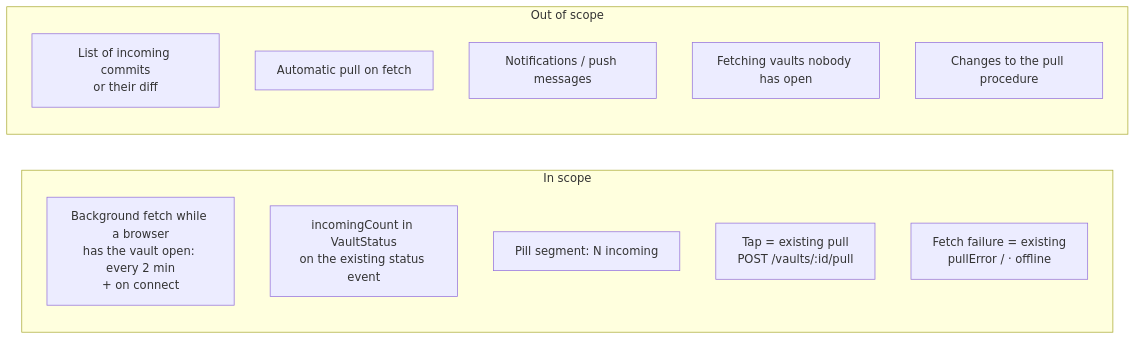
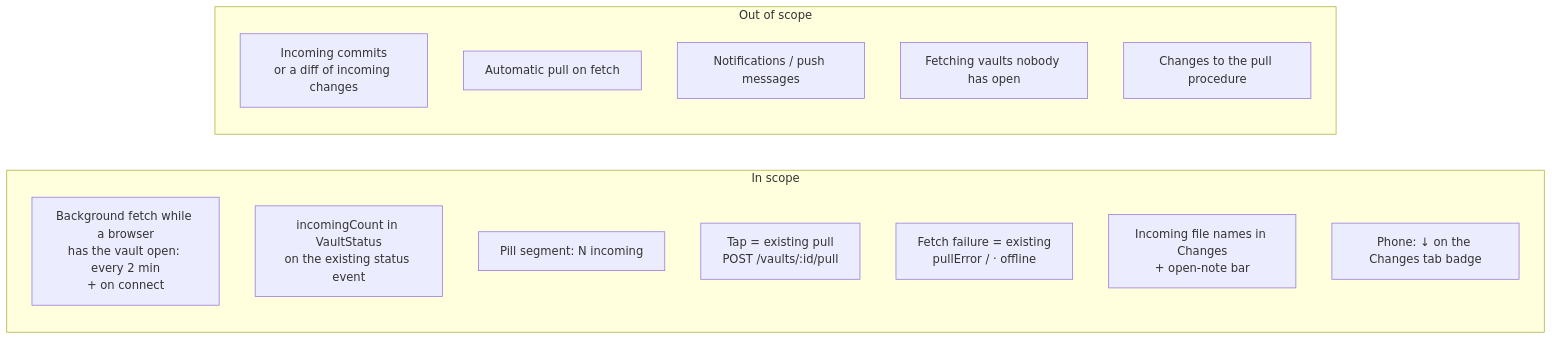
One commit to tillg/karpathy.app changed the first of 2 diagrams in specs/changes/remote-changes/proposal.md. Above: the diagram before and after it, drawn with Mermaid. The commit also changed other lines of this file and 3 other files, not shown here.

Commit message:
spec(remote-changes): incoming file list, open-note bar, phone badge

````diff
--- a/specs/changes/remote-changes/proposal.md
+++ b/specs/changes/remote-changes/proposal.md
@@ -53,17 +55,19 @@
 ```mermaid
 flowchart LR
     subgraph In scope
       F1[Background fetch while a browser<br/>has the vault open: every 2 min<br/>+ on connect]
       F2[incomingCount in VaultStatus<br/>on the existing status event]
       F3["Pill segment: N incoming"]
       F4[Tap = existing pull<br/>POST /vaults/:id/pull]
       F5[Fetch failure = existing<br/>pullError / · offline]
+      F6[Incoming file names in Changes<br/>+ open-note bar]
+      F7["Phone: ↓ on the Changes tab badge"]
     end
     subgraph Out of scope
-      X1[List of incoming commits<br/>or their diff]
+      X1[Incoming commits<br/>or a diff of incoming changes]
       X2[Automatic pull on fetch]
       X3[Notifications / push messages]
       X4[Fetching vaults nobody has open]
       X5[Changes to the pull procedure]
     end
 ```
````
